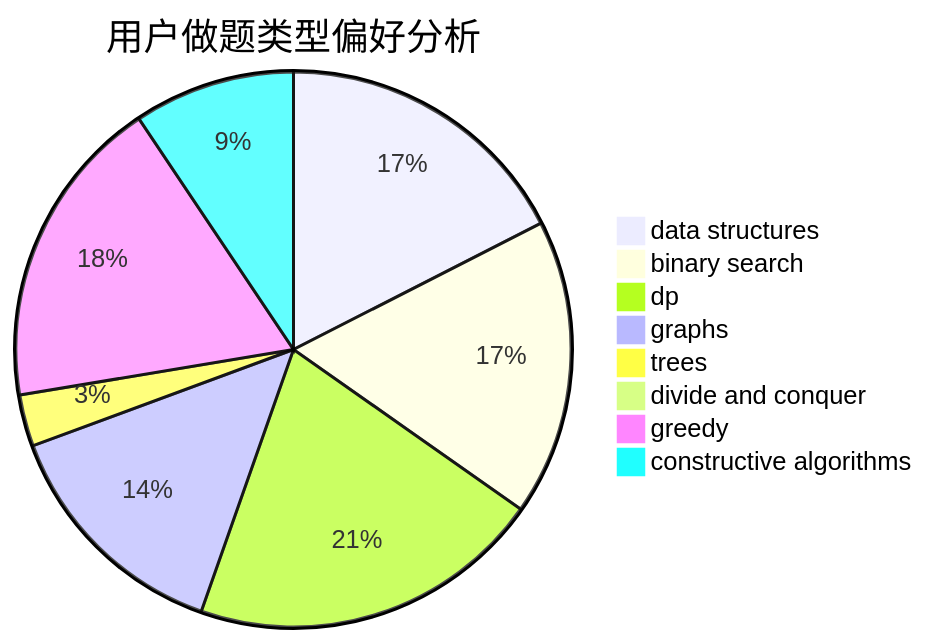
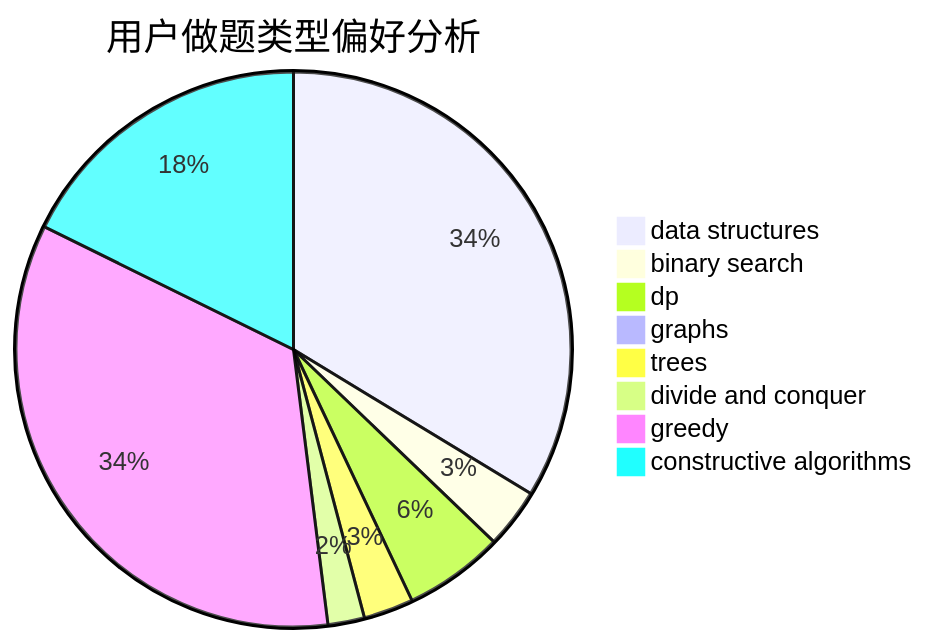
One commit to sherpahu/cfrs.github.io changed the second of 3 diagrams in docs/user/u26.md. Above: the diagram before and after it, drawn with Mermaid. The commit also changed other lines of this file and 2770 other files, not shown here.

````diff
--- a/docs/user/u26.md
+++ b/docs/user/u26.md
@@ -23,11 +23,11 @@
 ```mermaid
 pie title 用户做题类型偏好分析
-    "data structures" :  378
-    "binary search" :  373
-    "dp" :  446
-    "graphs" :  302
-    "trees" :  65
-    "divide and conquer" :  8
-    "greedy" :  394
-    "constructive algorithms" :  203
+    "data structures" :  348
+    "binary search" :  36
+    "dp" :  60
+    "graphs" :  1
+    "trees" :  30
+    "divide and conquer" :  22
+    "greedy" :  354
+    "constructive algorithms" :  183
 ```
````
